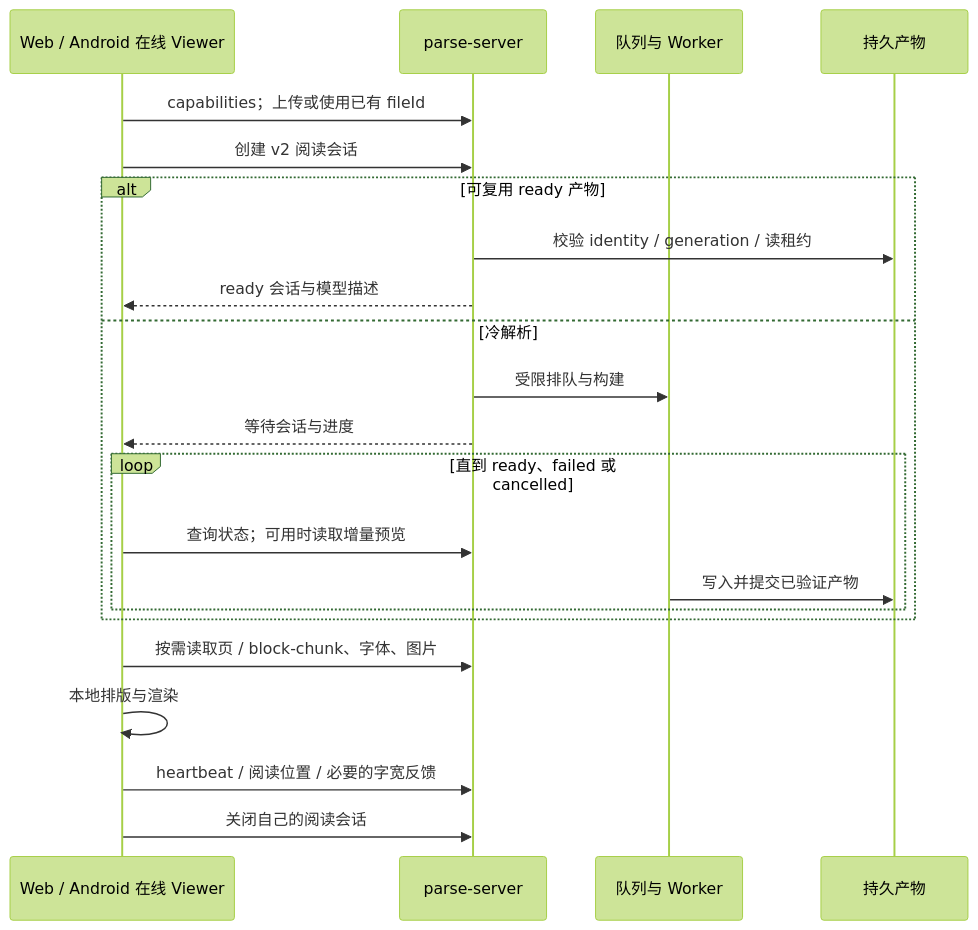
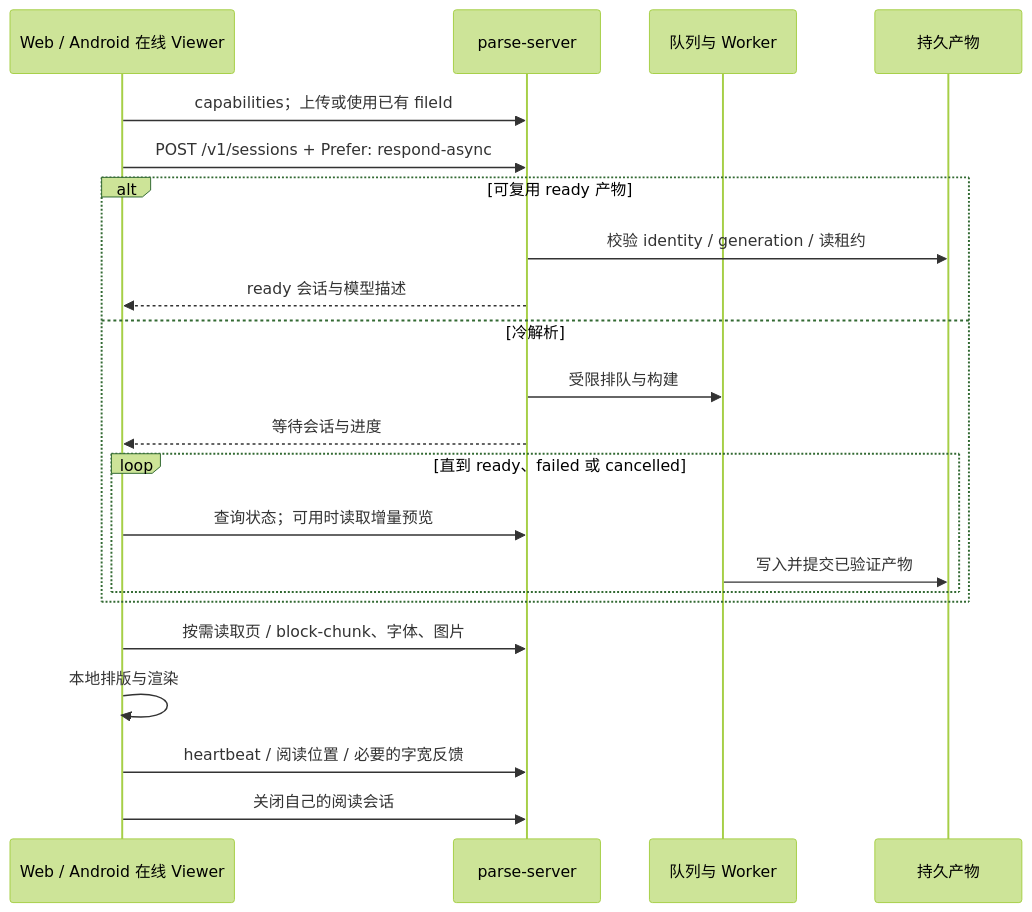
Before and after one commit to WD-CHINA/genoffice: the second of 4 diagrams in docs/runtime-workflows.zh-CN.md, drawn with Mermaid (forest theme). The commit also changed other lines of this file and 95 other files, not shown here.

````diff
--- a/docs/runtime-workflows.zh-CN.md
+++ b/docs/runtime-workflows.zh-CN.md
@@ -44,24 +46,24 @@
 ```mermaid
 sequenceDiagram
   participant C as Web / Android 在线 Viewer
   participant S as parse-server
   participant J as 队列与 Worker
   participant A as 持久产物
   C->>S: capabilities；上传或使用已有 fileId
-  C->>S: 创建 v2 阅读会话
+  C->>S: POST /v1/sessions + Prefer: respond-async
   alt 可复用 ready 产物
     S->>A: 校验 identity / generation / 读租约
     S-->>C: ready 会话与模型描述
   else 冷解析
     S->>J: 受限排队与构建
     S-->>C: 等待会话与进度
     loop 直到 ready、failed 或 cancelled
       C->>S: 查询状态；可用时读取增量预览
       J->>A: 写入并提交已验证产物
     end
   end
   C->>S: 按需读取页 / block-chunk、字体、图片
   C->>C: 本地排版与渲染
   C->>S: heartbeat / 阅读位置 / 必要的字宽反馈
   C->>S: 关闭自己的阅读会话
 ```
````
